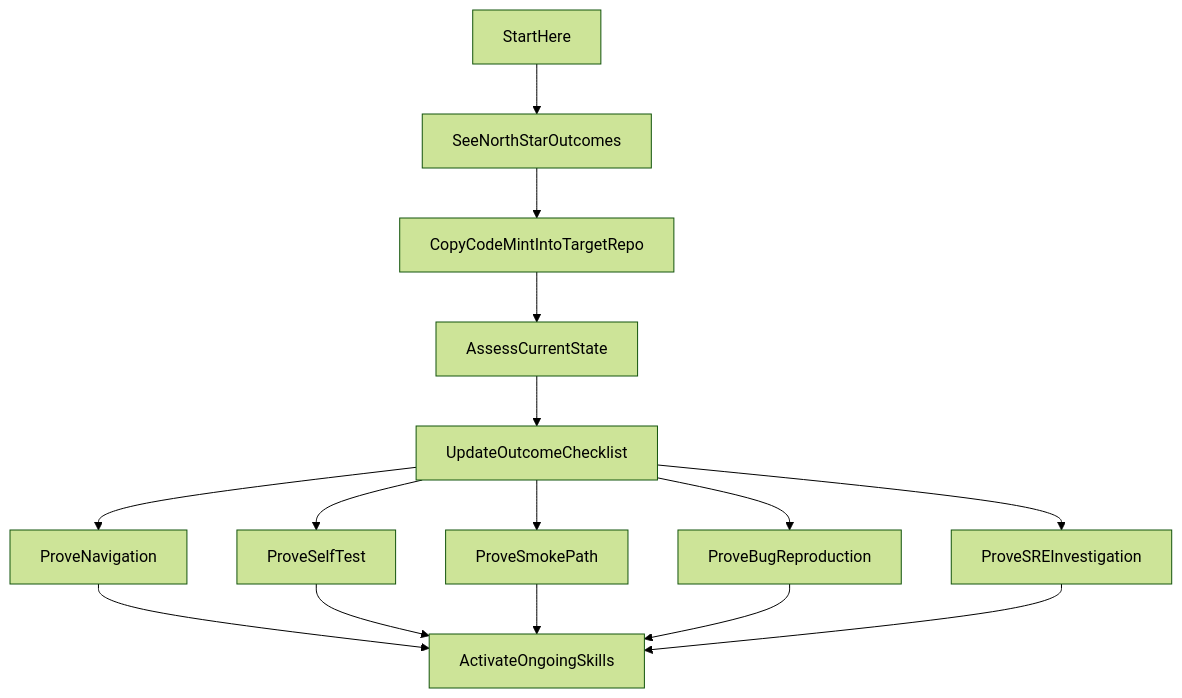
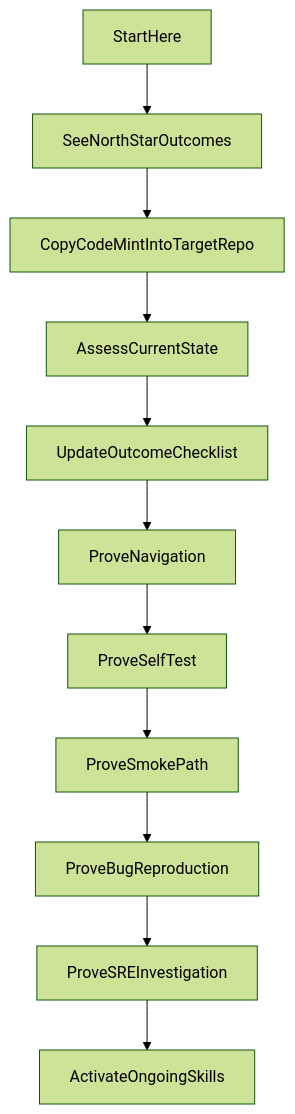
The diagram in README.md (patterninc/code-mint), drawn with Mermaid (forest theme) before and after one commit. The commit also changed 9 other files, not shown here.

````diff
--- a/README.md
+++ b/README.md
@@ -52,26 +38,17 @@
 ```mermaid
 flowchart TD
     StartHere[StartHere]
     SeeOutcomes[SeeNorthStarOutcomes]
     CopyAssets[CopyCodeMintIntoTargetRepo]
     Baseline[AssessCurrentState]
     Checklist[UpdateOutcomeChecklist]
     NavigateProof[ProveNavigation]
     TestProof[ProveSelfTest]
     RuntimeProof[ProveSmokePath]
     BugProof[ProveBugReproduction]
     SreProof[ProveSREInvestigation]
     Activate[ActivateOngoingSkills]
 
     StartHere --> SeeOutcomes --> CopyAssets --> Baseline --> Checklist
-    Checklist --> NavigateProof
-    Checklist --> TestProof
-    Checklist --> RuntimeProof
-    Checklist --> BugProof
-    Checklist --> SreProof
-    NavigateProof --> Activate
-    TestProof --> Activate
-    RuntimeProof --> Activate
-    BugProof --> Activate
-    SreProof --> Activate
+    Checklist --> NavigateProof --> TestProof --> RuntimeProof --> BugProof --> SreProof --> Activate
 ```
````
